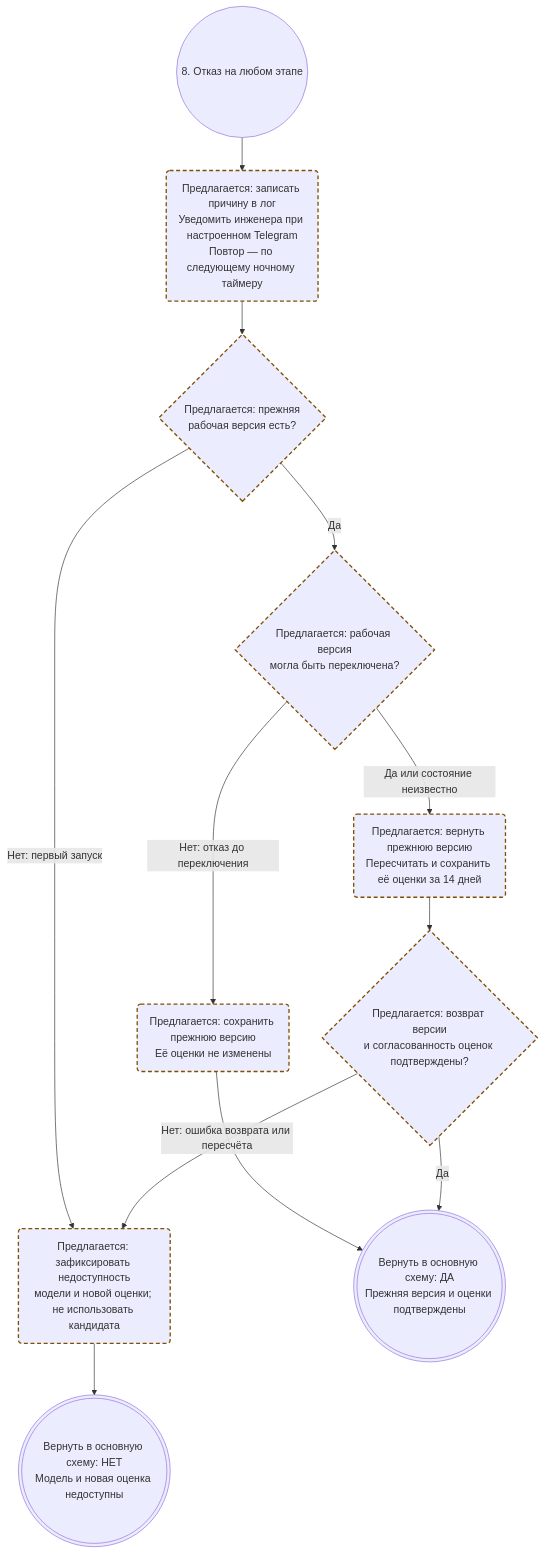
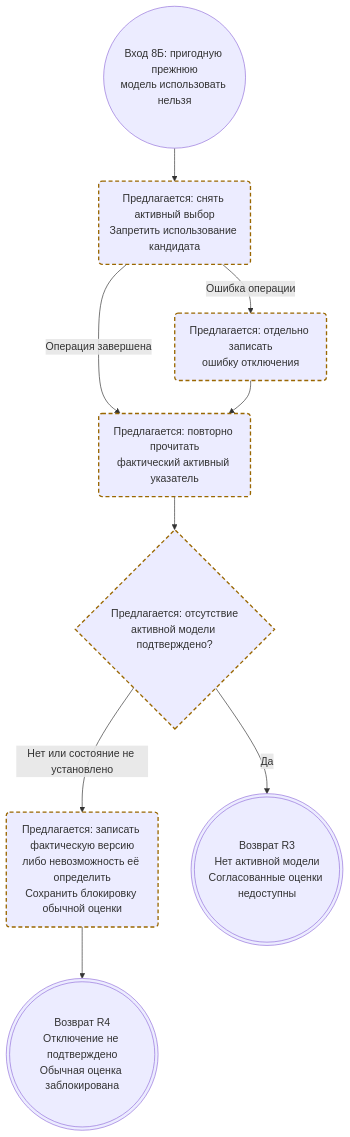
Before and after one commit to ksdergach/db-monitoring-production-standards: the fourth of 4 diagrams in docs/Model_retrain_BPMN.md, drawn with Mermaid. The commit also changed other lines of this file, not shown here.

Commit message:
docs: уточнить состояния модели и оценок по ревью #68

````diff
--- a/docs/Model_retrain_BPMN.md
+++ b/docs/Model_retrain_BPMN.md
@@ -140,25 +238,21 @@
 ```mermaid
 flowchart TB
-    failure_start(("8. Отказ на любом этапе"))
-    record("Предлагается: записать причину в лог<br/>Уведомить инженера при настроенном Telegram<br/>Повтор — по следующему ночному таймеру")
-    previous{"Предлагается: прежняя<br/>рабочая версия есть?"}
-    switched{"Предлагается: рабочая версия<br/>могла быть переключена?"}
-    keep("Предлагается: сохранить прежнюю версию<br/>Её оценки не изменены")
-    rollback("Предлагается: вернуть прежнюю версию<br/>Пересчитать и сохранить её оценки за 14 дней")
-    restored{"Предлагается: возврат версии<br/>и согласованность оценок подтверждены?"}
-    unavailable("Предлагается: зафиксировать недоступность<br/>модели и новой оценки; не использовать кандидата")
-    return_yes((("Вернуть в основную схему: ДА<br/>Прежняя версия и оценки подтверждены")))
-    return_no((("Вернуть в основную схему: НЕТ<br/>Модель и новая оценка недоступны")))
+    entry(("Вход 8Б: пригодную прежнюю<br/>модель использовать нельзя"))
+    disable("Предлагается: снять активный выбор<br/>Запретить использование кандидата")
+    disable_error("Предлагается: отдельно записать<br/>ошибку отключения")
+    inspect("Предлагается: повторно прочитать<br/>фактический активный указатель")
+    empty{"Предлагается: отсутствие<br/>активной модели подтверждено?"}
+    uncertain("Предлагается: записать фактическую версию<br/>либо невозможность её определить<br/>Сохранить блокировку обычной оценки")
+    r3((("Возврат R3<br/>Нет активной модели<br/>Согласованные оценки недоступны")))
+    r4((("Возврат R4<br/>Отключение не подтверждено<br/>Обычная оценка заблокирована")))
 
-    failure_start --> record --> previous
-    previous -->|Нет: первый запуск| unavailable
-    previous -->|Да| switched
-    switched -->|Нет: отказ до переключения| keep --> return_yes
-    switched -->|Да или состояние неизвестно| rollback --> restored
-    restored -->|Да| return_yes
-    restored -->|Нет: ошибка возврата или пересчёта| unavailable
-    unavailable --> return_no
+    entry --> disable
+    disable -->|Операция завершена| inspect
+    disable -->|Ошибка операции| disable_error --> inspect
+    inspect --> empty
+    empty -->|Да| r3
+    empty -->|Нет или состояние не установлено| uncertain --> r4
 
-    classDef proposed stroke:#805000,stroke-width:2px,stroke-dasharray:6 4;
-    class record,previous,switched,keep,rollback,restored,unavailable proposed;
+    classDef proposed stroke:#9a6700,stroke-width:2px,stroke-dasharray:6 4;
+    class disable,disable_error,inspect,empty,uncertain proposed;
 ```
````
